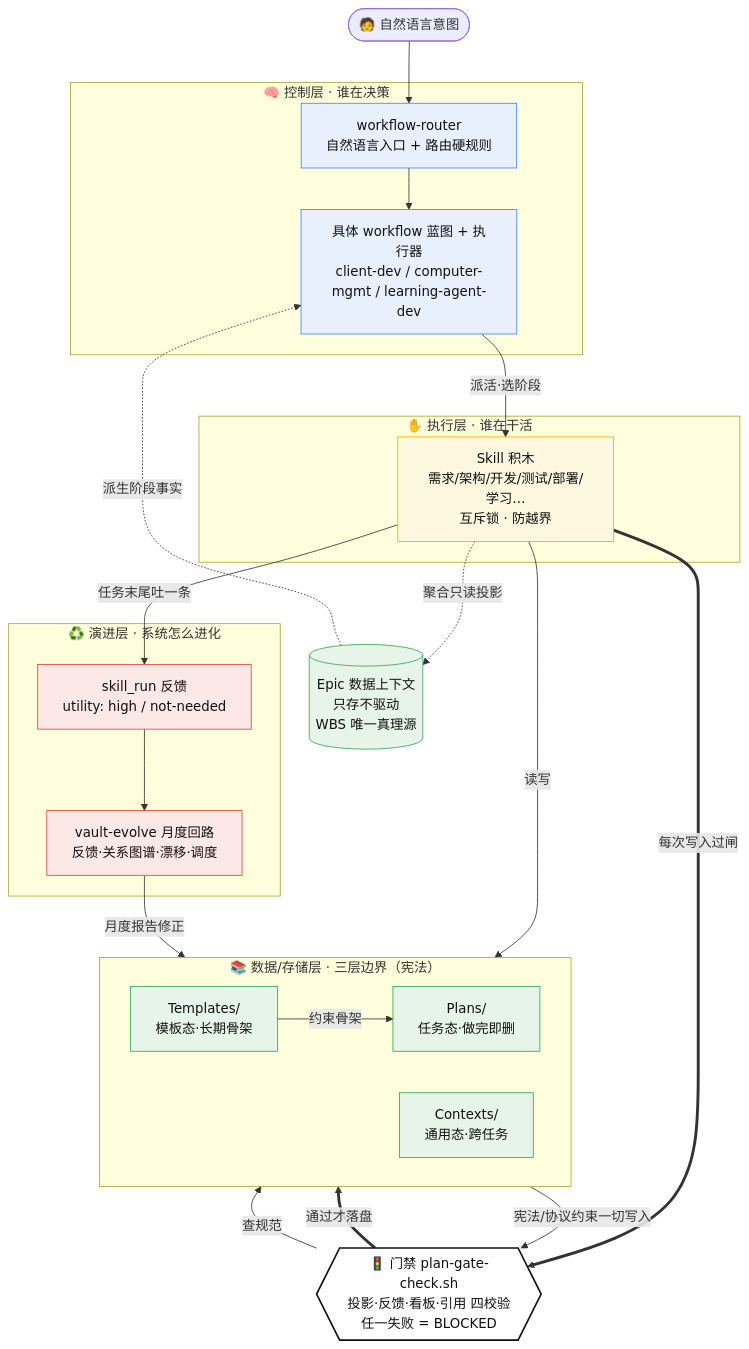
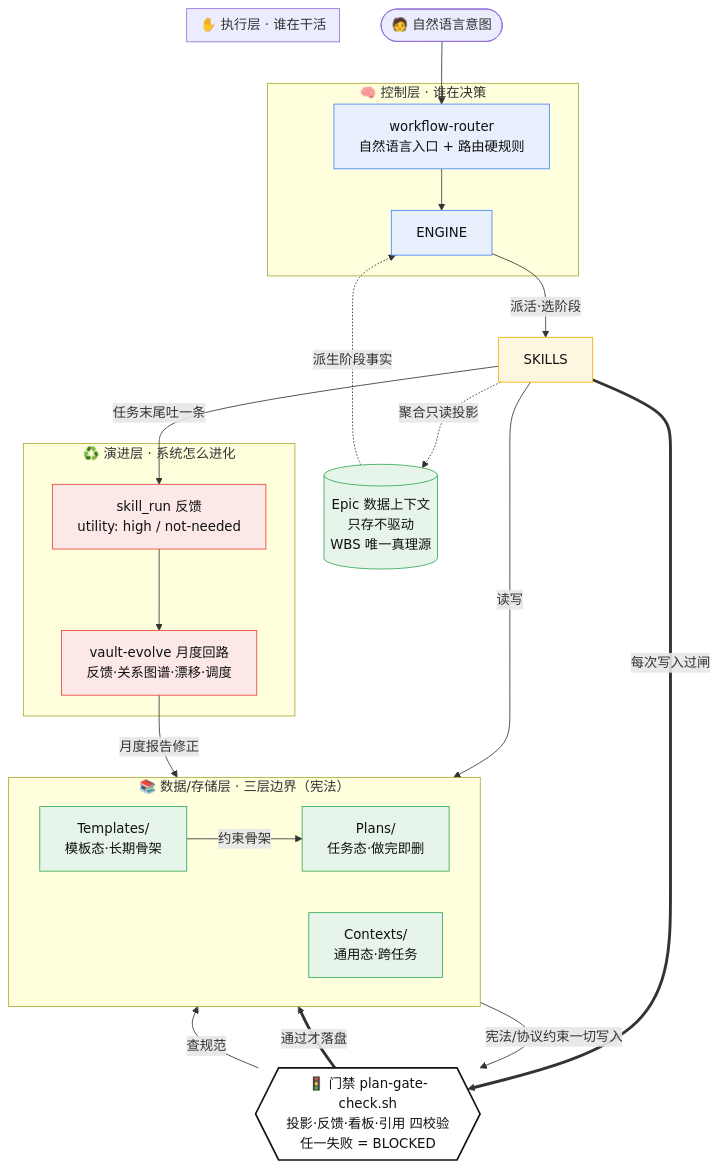
The diagram in Contexts/决策/AI-Work-Kit运行时拓扑.md (Wlx682/AI-Work-Kit), drawn with Mermaid before and after one commit. The commit also changed 66 other files, not shown here.

Commit message:
remove learning workflow and skills

````diff
--- a/Contexts/决策/AI-Work-Kit运行时拓扑.md
+++ b/Contexts/决策/AI-Work-Kit运行时拓扑.md
@@ -30,57 +30,55 @@
 ```mermaid
 flowchart TB
     USER(["🧑 自然语言意图"])
 
     subgraph BRAIN["🧠 控制层 · 谁在决策"]
         ROUTER["workflow-router<br/>自然语言入口 + 路由硬规则"]
-        ENGINE["具体 workflow 蓝图 + 执行器<br/>client-dev / computer-mgmt / learning-agent-dev"]
         ROUTER --> ENGINE
     end
 
     subgraph HANDS["✋ 执行层 · 谁在干活"]
-        SKILLS["Skill 积木<br/>需求/架构/开发/测试/部署/学习…<br/>互斥锁 · 防越界"]
     end
 
     subgraph DATA["📚 数据/存储层 · 三层边界（宪法）"]
         direction LR
         PLANS["Plans/<br/>任务态·做完即删"]
         CTX["Contexts/<br/>通用态·跨任务"]
         TPL["Templates/<br/>模板态·长期骨架"]
     end
 
     EPIC[("Epic 数据上下文<br/>只存不驱动<br/>WBS 唯一真理源")]
 
     GATE{{"🚦 门禁 plan-gate-check.sh<br/>投影·反馈·看板·引用 四校验<br/>任一失败 = BLOCKED"}}
 
     subgraph EVOLVE["♻️ 演进层 · 系统怎么进化"]
         FEEDBACK["skill_run 反馈<br/>utility: high / not-needed"]
         LOOPS["vault-evolve 月度回路<br/>反馈·关系图谱·漂移·调度"]
         FEEDBACK --> LOOPS
     end
 
     USER --> ROUTER
     ENGINE -->|"派活·选阶段"| SKILLS
     SKILLS -->|"读写"| PLANS
     SKILLS -.->|"聚合只读投影"| EPIC
     EPIC -.->|"派生阶段事实"| ENGINE
 
     SKILLS ==>|"每次写入过闸"| GATE
     GATE ==>|"通过才落盘"| PLANS
     GATE -->|"查规范"| CTX
     TPL -->|"约束骨架"| PLANS
 
     SKILLS -->|"任务末尾吐一条"| FEEDBACK
     LOOPS -->|"月度报告修正"| CTX
     CTX -->|"宪法/协议约束一切写入"| GATE
 
     classDef brain fill:#e8f0fe,stroke:#4285f4,color:#111
     classDef hands fill:#fef7e0,stroke:#f9ab00,color:#111
     classDef data fill:#e6f4ea,stroke:#34a853,color:#111
     classDef evolve fill:#fce8e6,stroke:#ea4335,color:#111
     classDef gate fill:#fff,stroke:#111,stroke-width:2px,color:#111
     class ROUTER,ENGINE brain
     class SKILLS hands
     class PLANS,CTX,TPL,EPIC data
     class FEEDBACK,LOOPS evolve
     class GATE gate
 ```
````
